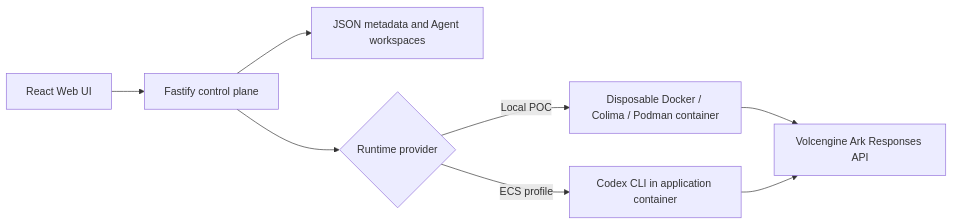
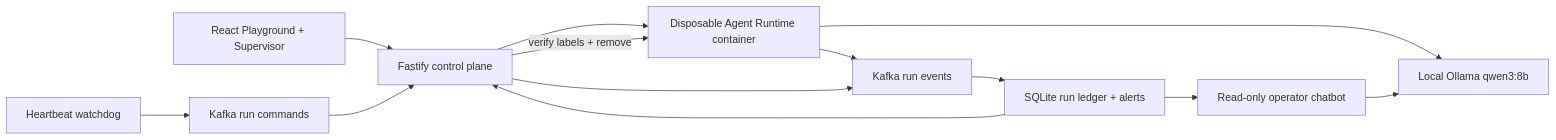
The diagram in README.md (shamybamy/CodeJam), drawn with Mermaid before and after one commit. The commit also changed other lines of this file and 18 other files, not shown here.

````diff
--- a/README.md
+++ b/README.md
@@ -231,10 +246,15 @@
 ```mermaid
 flowchart LR
-    UI["React Web UI"] --> API["Fastify control plane"]
-    API --> Store["JSON metadata and Agent workspaces"]
-    API --> Runtime{"Runtime provider"}
-    Runtime -->|Local POC| Container["Disposable Docker / Colima / Podman container"]
-    Runtime -->|ECS profile| Codex["Codex CLI in application container"]
-    Container --> Ark["Volcengine Ark Responses API"]
-    Codex --> Ark
+    UI["React Playground + Supervisor"] --> API["Fastify control plane"]
+    API --> Runtime["Disposable Agent Runtime container"]
+    Runtime --> Ollama["Local Ollama qwen3:8b"]
+    Runtime --> Events["Kafka run events"]
+    API --> Events
+    Events --> Ledger["SQLite run ledger + alerts"]
+    Ledger --> API
+    Watchdog["Heartbeat watchdog"] --> Commands["Kafka run commands"]
+    Commands --> API
+    API -->|verify labels + remove| Runtime
+    Ledger --> Chat["Read-only operator chatbot"]
+    Chat --> Ollama
 ```
````
